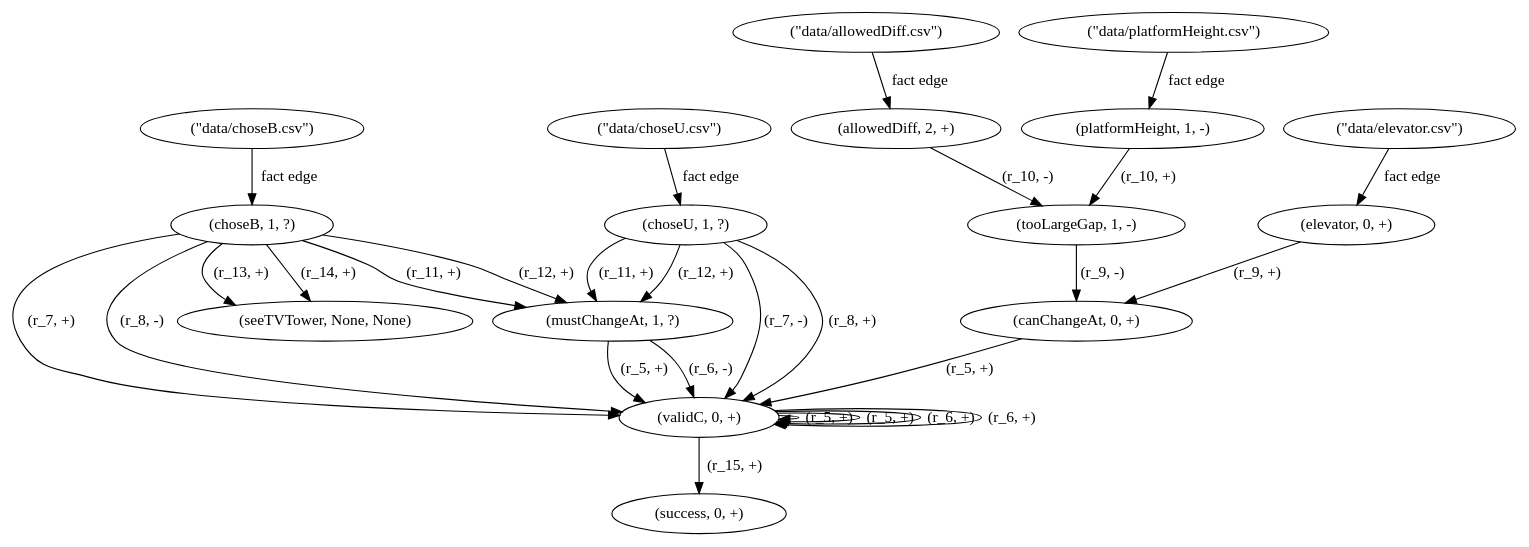
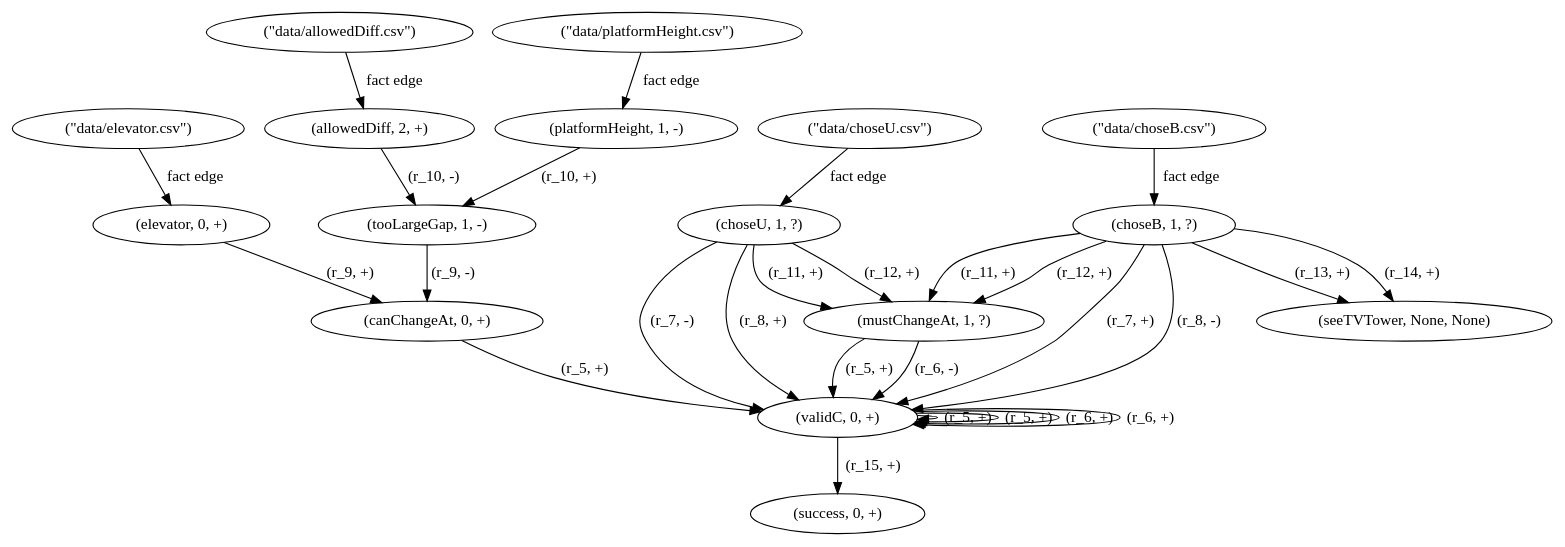
The diagram in Transformation Sequence 1/input/input_adg.dot (Leo-Aus-Berlin/nemo-metamorphic-testing), drawn with Graphviz before and after one commit. The commit also changed 6 other files, not shown here.

```diff
--- a/Transformation Sequence 1/input/input_adg.dot
+++ b/Transformation Sequence 1/input/input_adg.dot
@@ -1,45 +1,45 @@
 digraph {
-    0 [ label = "(choseB, 1, ?)" ]
-    1 [ label = "(platformHeight, 1, -)" ]
-    2 [ label = "(success, 0, +)" ]
-    3 [ label = "(allowedDiff, 2, +)" ]
-    4 [ label = "(canChangeAt, 0, +)" ]
-    5 [ label = "(mustChangeAt, 1, ?)" ]
+    0 [ label = "(success, 0, +)" ]
+    1 [ label = "(canChangeAt, 0, +)" ]
+    2 [ label = "(choseB, 1, ?)" ]
+    3 [ label = "(choseU, 1, ?)" ]
+    4 [ label = "(allowedDiff, 2, +)" ]
+    5 [ label = "(elevator, 0, +)" ]
     6 [ label = "(tooLargeGap, 1, -)" ]
-    7 [ label = "(seeTVTower, None, None)" ]
-    8 [ label = "(elevator, 0, +)" ]
-    9 [ label = "(validC, 0, +)" ]
-    10 [ label = "(choseU, 1, ?)" ]
+    7 [ label = "(validC, 0, +)" ]
+    8 [ label = "(platformHeight, 1, -)" ]
+    9 [ label = "(mustChangeAt, 1, ?)" ]
+    10 [ label = "(seeTVTower, None, None)" ]
     11 [ label = "(\"data/choseU.csv\")" ]
     12 [ label = "(\"data/choseB.csv\")" ]
     13 [ label = "(\"data/elevator.csv\")" ]
     14 [ label = "(\"data/platformHeight.csv\")" ]
     15 [ label = "(\"data/allowedDiff.csv\")" ]
-    11 -> 10 [ label = "fact edge" ]
-    12 -> 0 [ label = "fact edge" ]
-    13 -> 8 [ label = "fact edge" ]
-    14 -> 1 [ label = "fact edge" ]
-    15 -> 3 [ label = "fact edge" ]
-    9 -> 9 [ label = "(r_5, +)" ]
-    9 -> 9 [ label = "(r_5, +)" ]
-    5 -> 9 [ label = "(r_5, +)" ]
-    4 -> 9 [ label = "(r_5, +)" ]
-    9 -> 9 [ label = "(r_6, +)" ]
-    9 -> 9 [ label = "(r_6, +)" ]
-    5 -> 9 [ label = "(r_6, -)" ]
-    0 -> 9 [ label = "(r_7, +)" ]
-    10 -> 9 [ label = "(r_7, -)" ]
-    10 -> 9 [ label = "(r_8, +)" ]
-    0 -> 9 [ label = "(r_8, -)" ]
-    8 -> 4 [ label = "(r_9, +)" ]
-    6 -> 4 [ label = "(r_9, -)" ]
-    1 -> 6 [ label = "(r_10, +)" ]
-    3 -> 6 [ label = "(r_10, -)" ]
-    10 -> 5 [ label = "(r_11, +)" ]
-    0 -> 5 [ label = "(r_11, +)" ]
-    0 -> 5 [ label = "(r_12, +)" ]
-    10 -> 5 [ label = "(r_12, +)" ]
-    0 -> 7 [ label = "(r_13, +)" ]
-    0 -> 7 [ label = "(r_14, +)" ]
-    9 -> 2 [ label = "(r_15, +)" ]
+    11 -> 3 [ label = "fact edge" ]
+    12 -> 2 [ label = "fact edge" ]
+    13 -> 5 [ label = "fact edge" ]
+    14 -> 8 [ label = "fact edge" ]
+    15 -> 4 [ label = "fact edge" ]
+    7 -> 7 [ label = "(r_5, +)" ]
+    7 -> 7 [ label = "(r_5, +)" ]
+    9 -> 7 [ label = "(r_5, +)" ]
+    1 -> 7 [ label = "(r_5, +)" ]
+    7 -> 7 [ label = "(r_6, +)" ]
+    7 -> 7 [ label = "(r_6, +)" ]
+    9 -> 7 [ label = "(r_6, -)" ]
+    2 -> 7 [ label = "(r_7, +)" ]
+    3 -> 7 [ label = "(r_7, -)" ]
+    3 -> 7 [ label = "(r_8, +)" ]
+    2 -> 7 [ label = "(r_8, -)" ]
+    5 -> 1 [ label = "(r_9, +)" ]
+    6 -> 1 [ label = "(r_9, -)" ]
+    8 -> 6 [ label = "(r_10, +)" ]
+    4 -> 6 [ label = "(r_10, -)" ]
+    3 -> 9 [ label = "(r_11, +)" ]
+    2 -> 9 [ label = "(r_11, +)" ]
+    2 -> 9 [ label = "(r_12, +)" ]
+    3 -> 9 [ label = "(r_12, +)" ]
+    2 -> 10 [ label = "(r_13, +)" ]
+    2 -> 10 [ label = "(r_14, +)" ]
+    7 -> 0 [ label = "(r_15, +)" ]
 }
```
